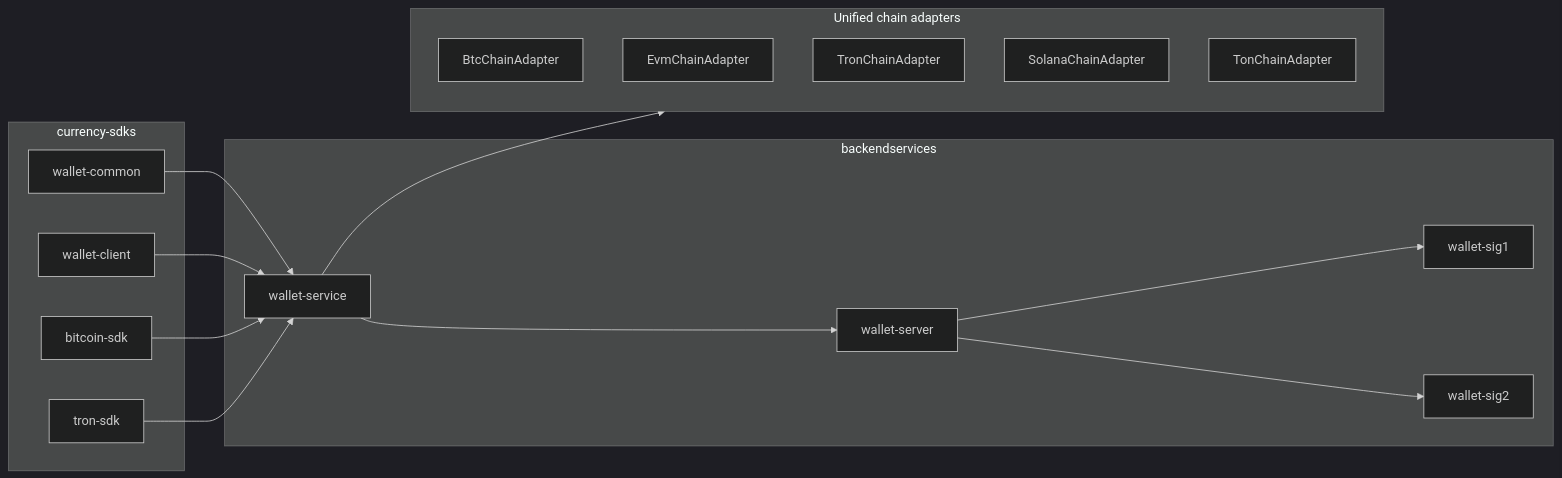
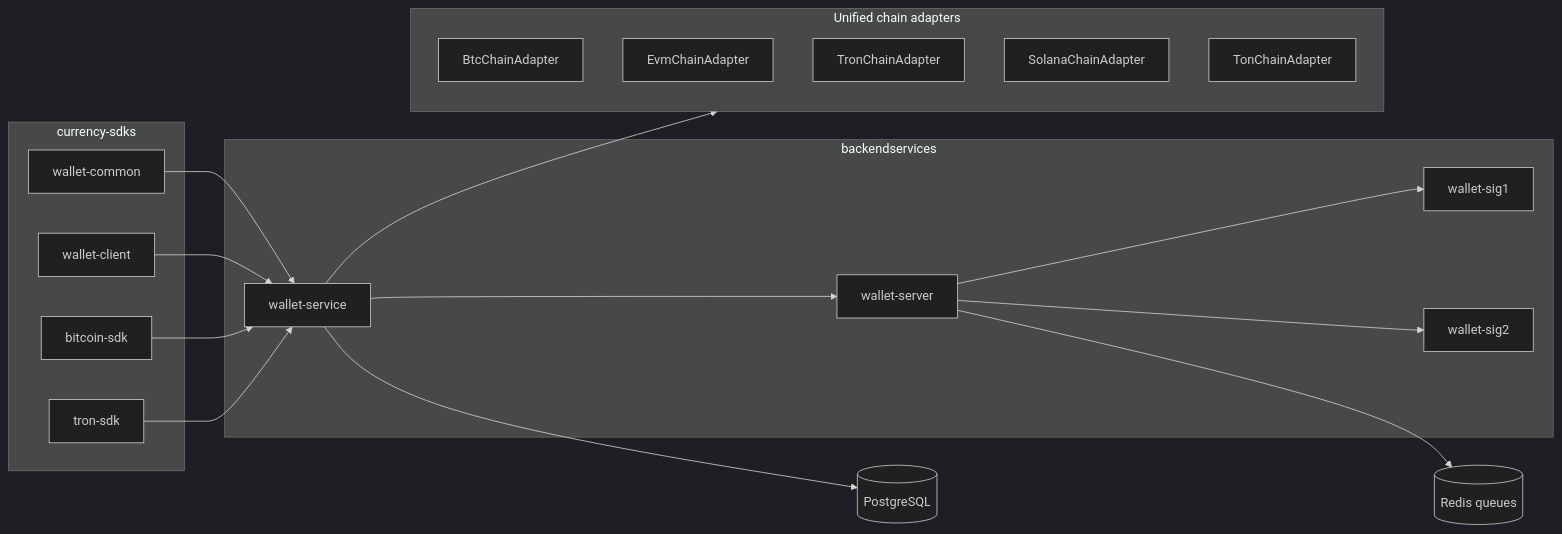
The diagram in architecture.md (lilaizhencn/surprising-wallet), drawn with Mermaid (dark theme) before and after one commit. The commit also changed other lines of this file and 7 other files, not shown here.

````diff
--- a/architecture.md
+++ b/architecture.md
@@ -16,35 +17,37 @@
 ```mermaid
 flowchart LR
     subgraph SDKs["currency-sdks"]
         BTCSDK[bitcoin-sdk]
         COMMON[wallet-common]
         CLIENT[wallet-client]
         TRONSDK[tron-sdk]
     end
 
     subgraph Backend["backendservices"]
         WSVC[wallet-service]
         WSRV[wallet-server]
         SIG1[wallet-sig1]
         SIG2[wallet-sig2]
     end
 
     COMMON --> WSVC
     CLIENT --> WSVC
     BTCSDK --> WSVC
     TRONSDK --> WSVC
 
     WSVC --> WSRV
     WSRV --> SIG1
     WSRV --> SIG2
 
     subgraph Unified["Unified chain adapters"]
         BTCA[BtcChainAdapter]
         EVMA[EvmChainAdapter]
         TRONA[TronChainAdapter]
         SOLA[SolanaChainAdapter]
         TONA[TonChainAdapter]
     end
 
     WSVC --> Unified
+    WSVC --> DB[(PostgreSQL)]
+    WSRV --> Redis[(Redis queues)]
 ```
````
